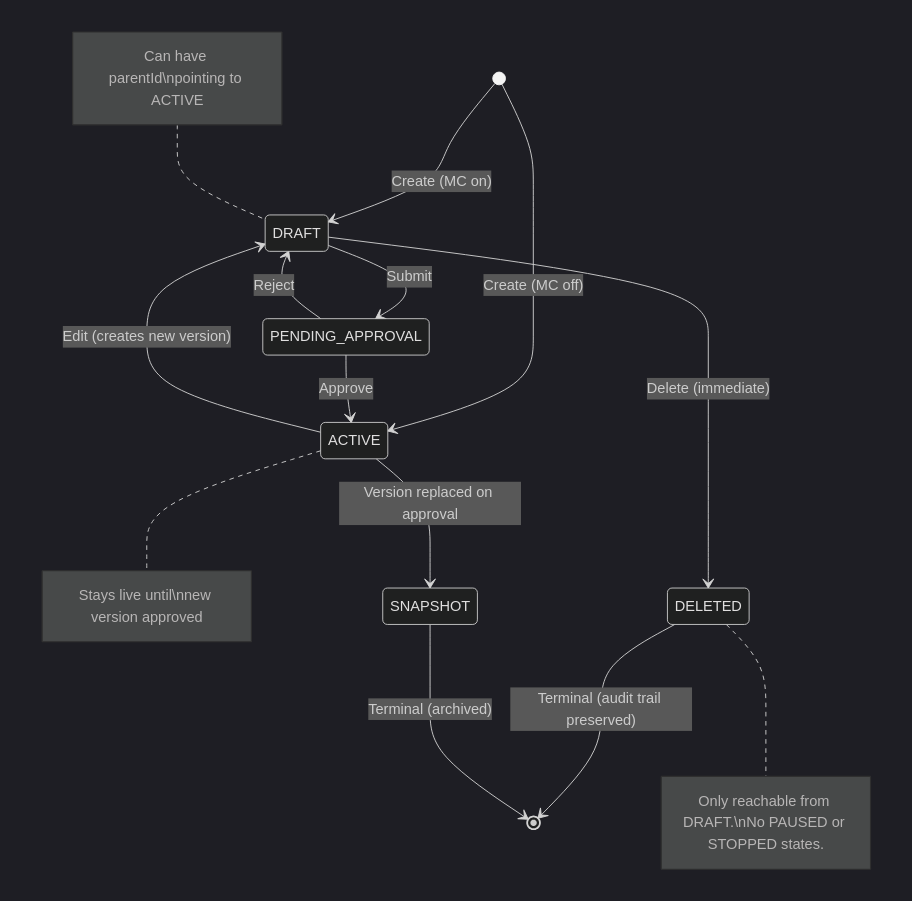
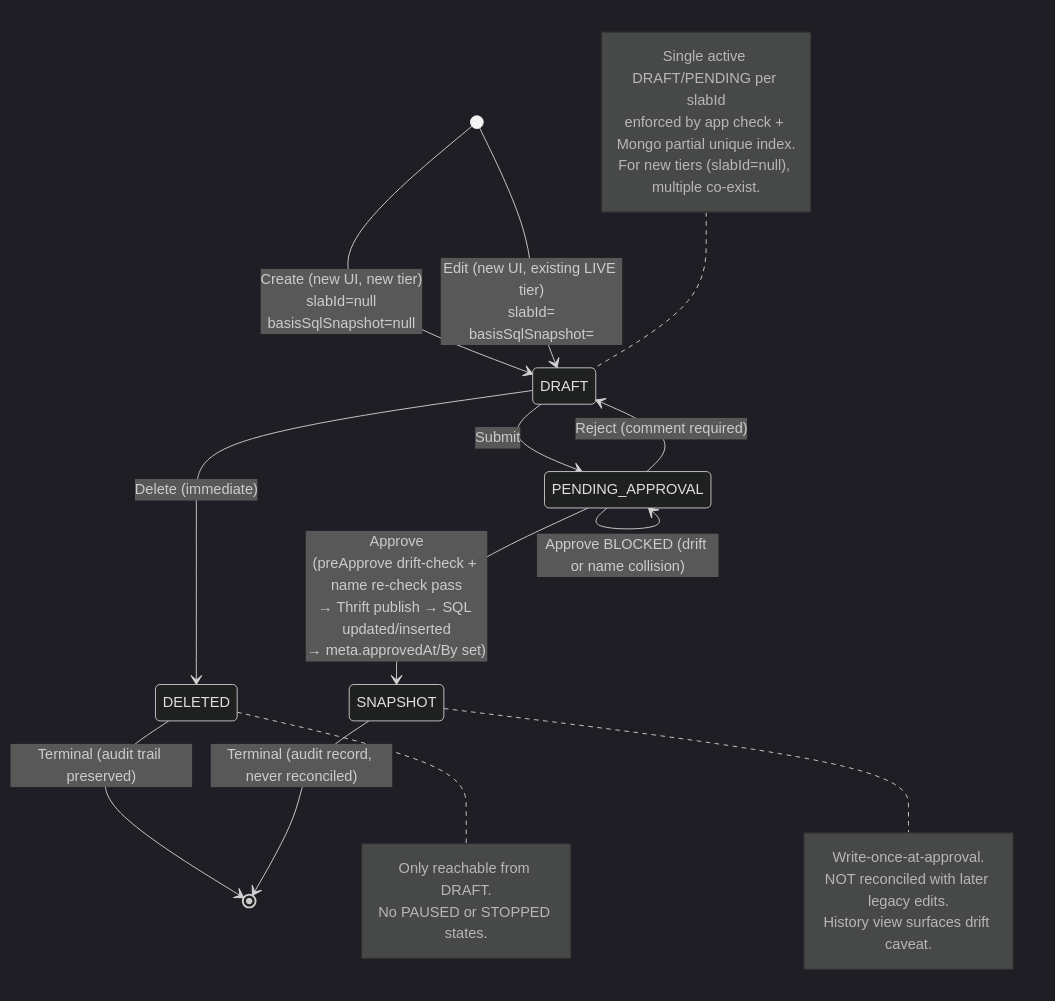
Before and after one commit to BaljeetSinghCapillaryTech/kalpavriksha: the third of 3 diagrams in docs/pipeline/tier/01-architect.md, drawn with Mermaid (dark theme). The commit also changed other lines of this file and 4 other files, not shown here.

First line of the commit message:
raidlc/ai_tier: Rework #5 cascade — BA + HLD updated for dual write paths, envelope reads, drift detection

````diff
--- a/docs/pipeline/tier/01-architect.md
+++ b/docs/pipeline/tier/01-architect.md
@@ -427,17 +631,16 @@
 ```mermaid
 stateDiagram-v2
-    [*] --> DRAFT : Create (MC on)
-    [*] --> ACTIVE : Create (MC off)
+    [*] --> DRAFT : Create (new UI, new tier)<br/>slabId=null<br/>basisSqlSnapshot=null
+    [*] --> DRAFT : Edit (new UI, existing LIVE tier)<br/>slabId=<SQL id><br/>basisSqlSnapshot=<SQL snapshot>
     DRAFT --> PENDING_APPROVAL : Submit
     DRAFT --> DELETED : Delete (immediate)
-    PENDING_APPROVAL --> ACTIVE : Approve
-    PENDING_APPROVAL --> DRAFT : Reject
-    ACTIVE --> DRAFT : Edit (creates new version)
-    ACTIVE --> SNAPSHOT : Version replaced on approval
+    PENDING_APPROVAL --> SNAPSHOT : Approve<br/>(preApprove drift-check + name re-check pass<br/>→ Thrift publish → SQL updated/inserted<br/>→ meta.approvedAt/By set)
+    PENDING_APPROVAL --> DRAFT : Reject (comment required)
+    PENDING_APPROVAL --> PENDING_APPROVAL : Approve BLOCKED (drift or name collision)
     DELETED --> [*] : Terminal (audit trail preserved)
-    SNAPSHOT --> [*] : Terminal (archived)
-    
-    note right of ACTIVE : Stays live until\nnew version approved
-    note left of DRAFT : Can have parentId\npointing to ACTIVE
-    note right of DELETED : Only reachable from DRAFT.\nNo PAUSED or STOPPED states.
+    SNAPSHOT --> [*] : Terminal (audit record, never reconciled)
+
+    note right of SNAPSHOT : Write-once-at-approval.<br/>NOT reconciled with later legacy edits.<br/>History view surfaces drift caveat.
+    note left of DRAFT : Single active DRAFT/PENDING per slabId<br/>enforced by app check + Mongo partial unique index.<br/>For new tiers (slabId=null), multiple co-exist.
+    note right of DELETED : Only reachable from DRAFT.<br/>No PAUSED or STOPPED states.
 ```
````
